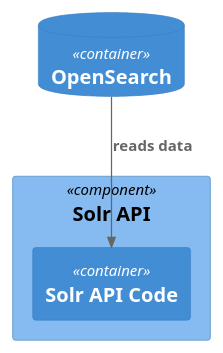
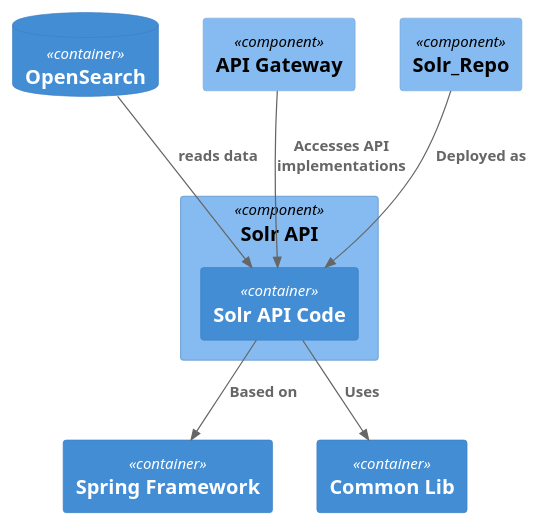
One commit to brunasti/icepanel-tools changed the diagram in docs/icePanel-C4-output-3-Solr API.puml. Above: the diagram before and after it, drawn with PlantUML. The commit also changed 38 other files, not shown here.

```diff
--- a/docs/icePanel-C4-output-3-Solr API.puml
+++ b/docs/icePanel-C4-output-3-Solr API.puml
@@ -1,32 +1,40 @@
 @startuml
 'https://plantuml.com/class-diagram
 ' CONVERT ICEPANEL DIAGRAM ===========
 ' Converter          : it.brunasti.icepanel.tools.IcePanelToPlantUmlConverter
-' IcePanel JSON File : [./src/test/resources/icepanel-structured.json]
+' IcePanel JSON File : [./src/test/resources/icepanel-plain.json]
 ' Configuration      : [./docs/config.json]
-' Generated at       : Wed Apr 10 11:43:53 CEST 2024
+' Generated at       : Wed Apr 10 14:23:01 CEST 2024
 
 !include https://raw.githubusercontent.com/plantuml-stdlib/C4-PlantUML/master/C4_Context.puml
 !include https://raw.githubusercontent.com/plantuml-stdlib/C4-PlantUML/master/C4_Component.puml
 
 
 ' Include         : [./docs/include.txt] ---------
 hide empty members
 ' Include end     : --------------------------
 
 
 Component(OmsC5XSTv64h2ua9yNDK, "Solr API", "" ) { 
     ' CLASSES =======
     Container(Vg8nvjzPDirSBRjT8K3Q, "Solr API Code", "", "" )
 }
 
 
 ' NEIGHBOR CLASSES =======
+Container(JOCj92Vc2CEAUN8hquBI, "Spring Framework", "", "" )
 ContainerDb(MzZVLTUQ74KbySVwdHfZ, "OpenSearch", "", "" )
+Component(heuHGHPQyPiOSCrreA29, "API Gateway", "" )
+Container(DqaxYHtWGYqlWeYgZkyP, "Common Lib", "", "" )
+Component(nd7uOWs4bfaeXm73vKFa, "Solr_Repo", "" )
 
 
 ' CONNECTIONS =======
 Rel(MzZVLTUQ74KbySVwdHfZ, Vg8nvjzPDirSBRjT8K3Q, "reads data" )
+Rel(Vg8nvjzPDirSBRjT8K3Q, DqaxYHtWGYqlWeYgZkyP, "Uses" )
+Rel(nd7uOWs4bfaeXm73vKFa, Vg8nvjzPDirSBRjT8K3Q, "Deployed as" )
+Rel(Vg8nvjzPDirSBRjT8K3Q, JOCj92Vc2CEAUN8hquBI, "Based on" )
+Rel(heuHGHPQyPiOSCrreA29, Vg8nvjzPDirSBRjT8K3Q, "Accesses API implementations" )
 
 
 @enduml
```
